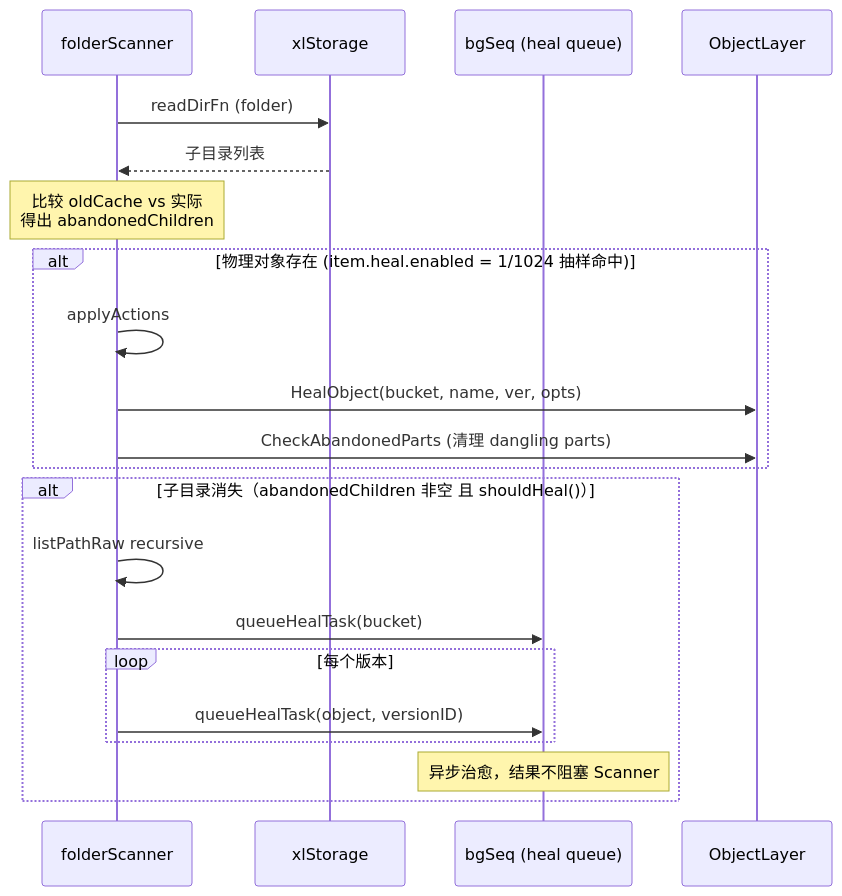
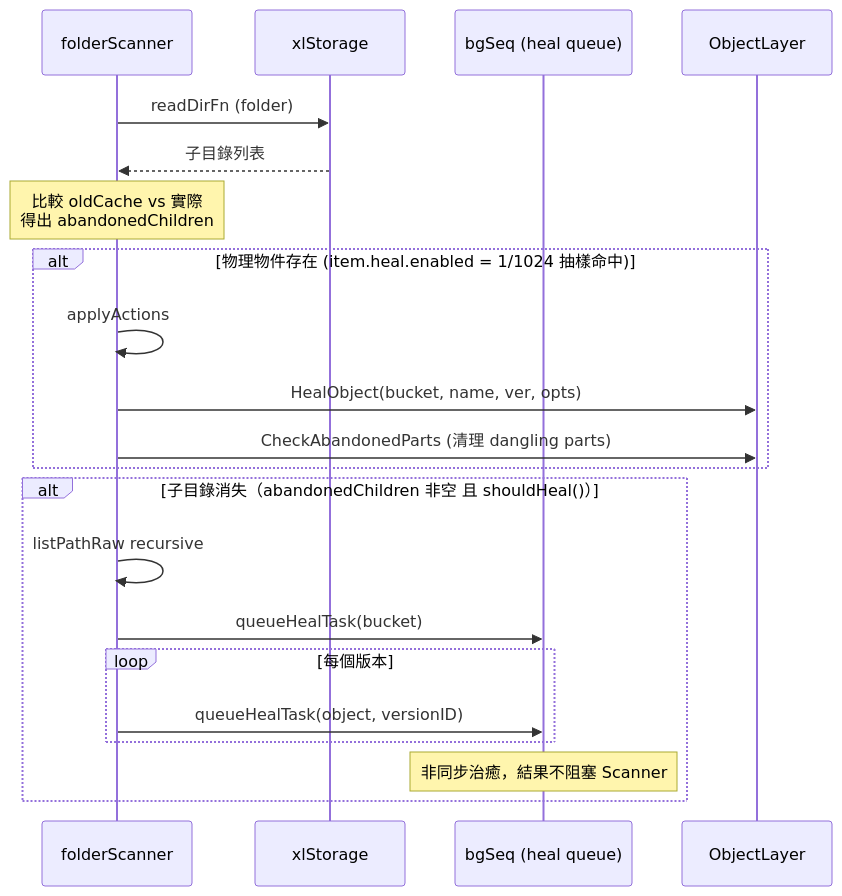
One commit to cysu01/minio changed the second of 5 diagrams in repo-analysis/drafts/06-module-scanner-ilm.md. Above: the diagram before and after it, drawn with Mermaid. The commit also changed other lines of this file and 14 other files, not shown here.

````diff
--- a/repo-analysis/drafts/06-module-scanner-ilm.md
+++ b/repo-analysis/drafts/06-module-scanner-ilm.md
@@ -242,26 +242,26 @@
 ```mermaid
 sequenceDiagram
     participant FS as folderScanner
     participant Disk as xlStorage
     participant Heal as bgSeq (heal queue)
     participant ObjAPI as ObjectLayer
 
     FS->>Disk: readDirFn (folder)
-    Disk-->>FS: 子目录列表
-    Note over FS: 比较 oldCache vs 实际<br/>得出 abandonedChildren
+    Disk-->>FS: 子目錄列表
+    Note over FS: 比較 oldCache vs 實際<br/>得出 abandonedChildren
 
-    alt 物理对象存在 (item.heal.enabled = 1/1024 抽样命中)
+    alt 物理物件存在 (item.heal.enabled = 1/1024 抽樣命中)
         FS->>FS: applyActions
         FS->>ObjAPI: HealObject(bucket, name, ver, opts)
         FS->>ObjAPI: CheckAbandonedParts (清理 dangling parts)
     end
 
-    alt 子目录消失（abandonedChildren 非空 且 shouldHeal()）
+    alt 子目錄消失（abandonedChildren 非空 且 shouldHeal()）
         FS->>FS: listPathRaw recursive
         FS->>Heal: queueHealTask(bucket)
-        loop 每个版本
+        loop 每個版本
             FS->>Heal: queueHealTask(object, versionID)
         end
-        Note over Heal: 异步治愈，结果不阻塞 Scanner
+        Note over Heal: 非同步治癒，結果不阻塞 Scanner
     end
 ```
````
